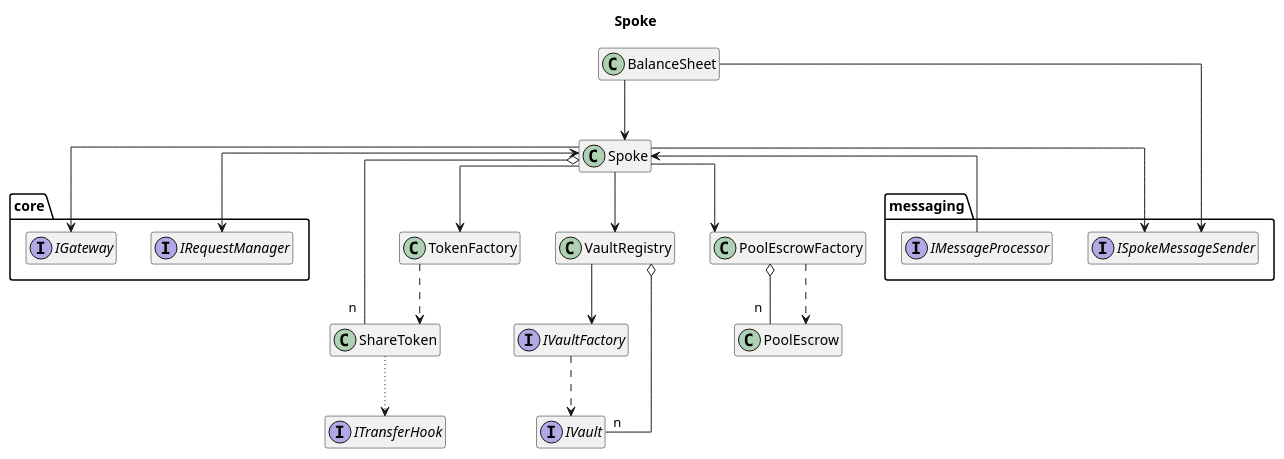
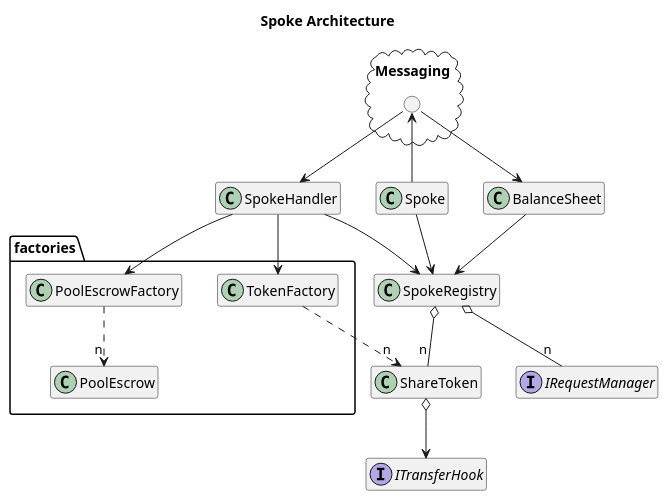
Before and after one commit to centrifuge/protocol: the diagram in docs/architecture/core/spoke.puml, drawn with PlantUML. The commit also changed 134 other files, not shown here.

Commit message:
Refactor: split monolithic Spoke into Spoke / SpokeHandler / SpokeRegistry (#174)

```diff
--- a/docs/architecture/core/spoke.puml
+++ b/docs/architecture/core/spoke.puml
@@ -1,52 +1,43 @@
 @startuml spoke
-title Spoke
+title Spoke Architecture
 hide empty members
 
-skinparam linetype ortho
-
-package core {
-    interface IGateway
-    interface IRequestManager
+package "Messaging" <<cloud>> {
+    circle " " as messaging
 }
 
-package messaging {
-    interface ISpokeMessageSender
-    interface IMessageProcessor
+package factories {
+    class TokenFactory
+    class PoolEscrowFactory
+    class PoolEscrow
 }
 
 class Spoke
+class SpokeHandler
+class SpokeRegistry
+
+class BalanceSheet
 class ShareToken
-class BalanceSheet
-class TokenFactory
-class VaultRegistry
-class PoolEscrowFactory
-class PoolEscrow
+interface ITransferHook
+interface IRequestManager
 
-interface IVaultFactory
-interface IVault
-interface ITransferHook
+Spoke -down-> SpokeRegistry
+Spoke -up-> messaging
 
-Spoke --> TokenFactory
-Spoke --> PoolEscrowFactory
-Spoke o-- "n" ShareToken
-Spoke --> IGateway
-Spoke --> ISpokeMessageSender
-Spoke --> VaultRegistry
-Spoke <-> IRequestManager
-Spoke <-- IMessageProcessor
+messaging --> SpokeHandler
+SpokeHandler --> SpokeRegistry
+SpokeHandler --> TokenFactory
+SpokeHandler --> PoolEscrowFactory
 
-VaultRegistry --> IVaultFactory
-VaultRegistry o-[norank]- "n" IVault
+messaging --> BalanceSheet
+BalanceSheet --> SpokeRegistry
 
-BalanceSheet --> Spoke
-BalanceSheet --> ISpokeMessageSender
+SpokeRegistry o-- "n" IRequestManager
+SpokeRegistry o-- "n" ShareToken
 
-PoolEscrowFactory o-- "n" PoolEscrow
-PoolEscrowFactory ..> PoolEscrow
-
-ShareToken .[dotted].> ITransferHook
-
-TokenFactory ..> ShareToken
-IVaultFactory ..> IVault
+' Factories
+TokenFactory ..> "n" ShareToken
+PoolEscrowFactory ..> "n" PoolEscrow
+ShareToken o--> ITransferHook
 
 @enduml
```
